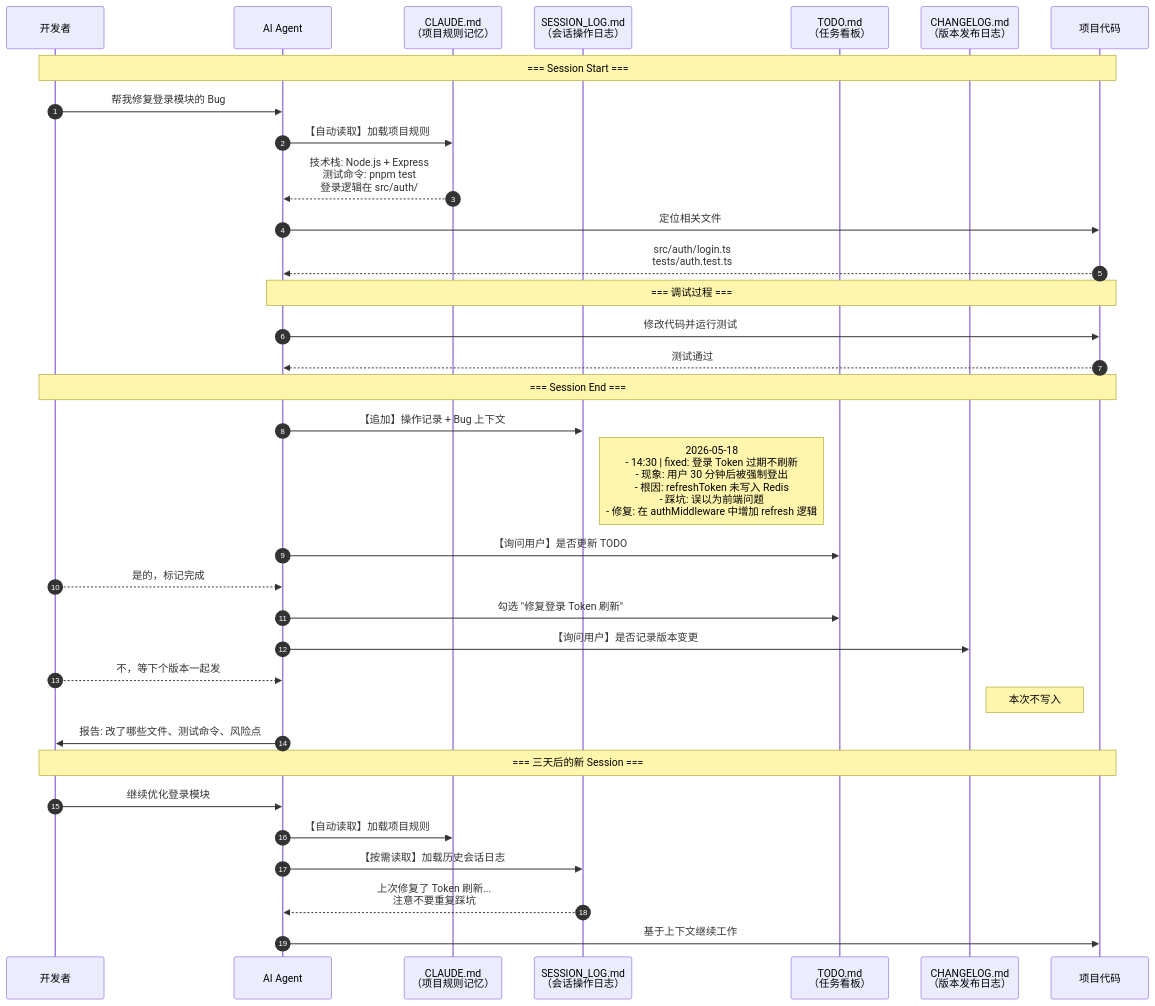
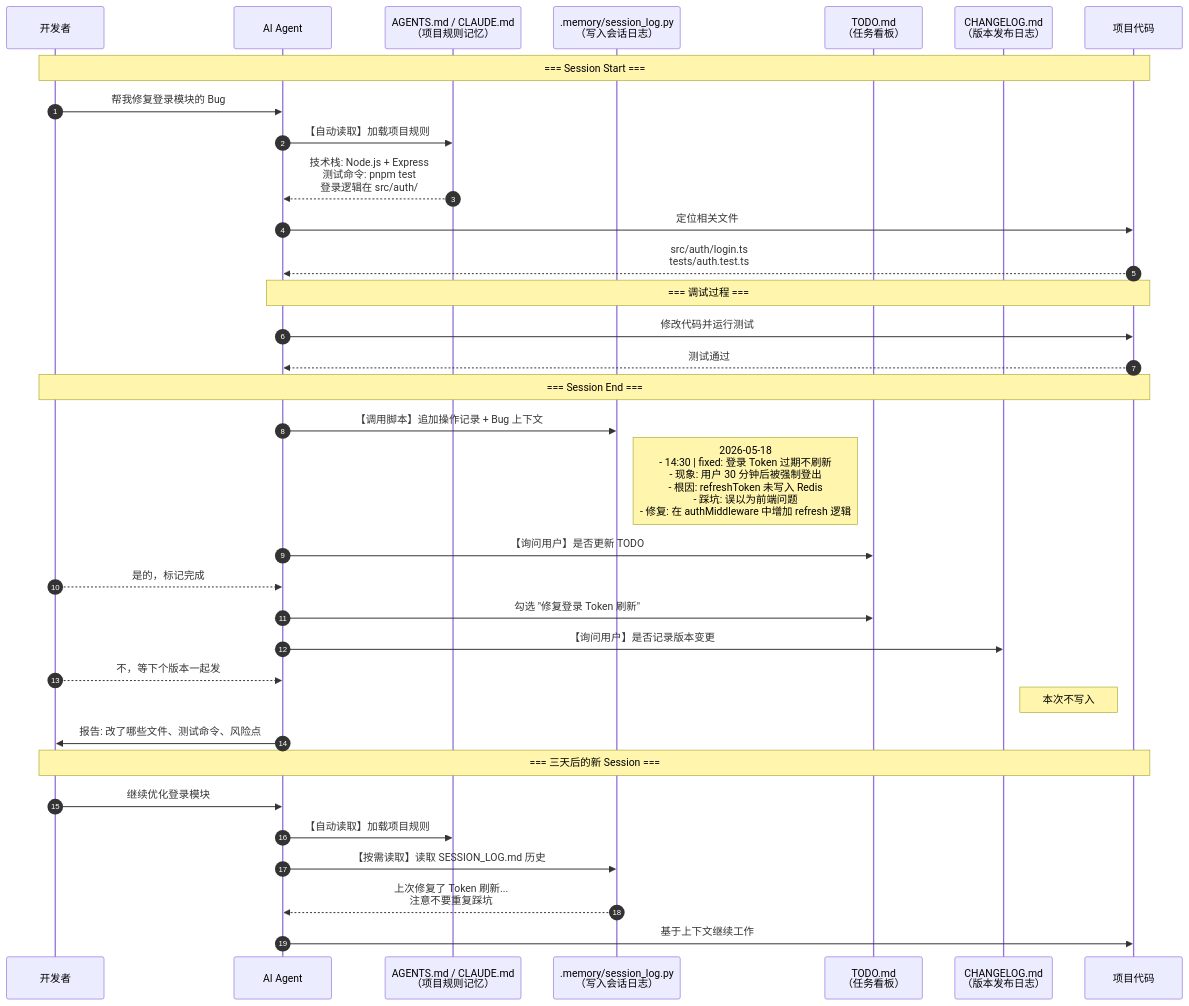
One commit to max-doo/build-memory changed the second of 3 diagrams in README-zh.md. Above: the diagram before and after it, drawn with Mermaid. The commit also changed other lines of this file and 16 other files, not shown here.

````diff
--- a/README-zh.md
+++ b/README-zh.md
@@ -170,48 +170,48 @@
 ```mermaid
 sequenceDiagram
     autonumber
     participant U as 开发者
     participant A as AI Agent
-    participant CM as CLAUDE.md<br/>（项目规则记忆）
-    participant SL as SESSION_LOG.md<br/>（会话操作日志）
+    participant CM as AGENTS.md / CLAUDE.md<br/>（项目规则记忆）
+    participant SL as .memory/session_log.py<br/>（写入会话日志）
     participant TD as TODO.md<br/>（任务看板）
     participant CL as CHANGELOG.md<br/>（版本发布日志）
     participant Repo as 项目代码
 
     Note over U,Repo: === Session Start ===
 
     U->>A: 帮我修复登录模块的 Bug
     A->>CM: 【自动读取】加载项目规则
     CM-->>A: 技术栈: Node.js + Express<br/>测试命令: pnpm test<br/>登录逻辑在 src/auth/
 
     A->>Repo: 定位相关文件
     Repo-->>A: src/auth/login.ts<br/>tests/auth.test.ts
 
     Note over A,Repo: === 调试过程 ===
 
     A->>Repo: 修改代码并运行测试
     Repo-->>A: 测试通过
 
     Note over U,Repo: === Session End ===
 
-    A->>SL: 【追加】操作记录 + Bug 上下文
+    A->>SL: 【调用脚本】追加操作记录 + Bug 上下文
     Note right of SL: 2026-05-18<br/>- 14:30 | fixed: 登录 Token 过期不刷新<br/>  - 现象: 用户 30 分钟后被强制登出<br/>  - 根因: refreshToken 未写入 Redis<br/>  - 踩坑: 误以为前端问题<br/>  - 修复: 在 authMiddleware 中增加 refresh 逻辑
 
     A->>TD: 【询问用户】是否更新 TODO
     U-->>A: 是的，标记完成
     A->>TD: 勾选 "修复登录 Token 刷新"
 
     A->>CL: 【询问用户】是否记录版本变更
     U-->>A: 不，等下个版本一起发
     Note right of CL: 本次不写入
 
     A->>U: 报告: 改了哪些文件、测试命令、风险点
 
     Note over U,Repo: === 三天后的新 Session ===
 
     U->>A: 继续优化登录模块
     A->>CM: 【自动读取】加载项目规则
-    A->>SL: 【按需读取】加载历史会话日志
+    A->>SL: 【按需读取】读取 SESSION_LOG.md 历史
     SL-->>A: 上次修复了 Token 刷新...<br/>注意不要重复踩坑
     A->>Repo: 基于上下文继续工作
 ```
````
